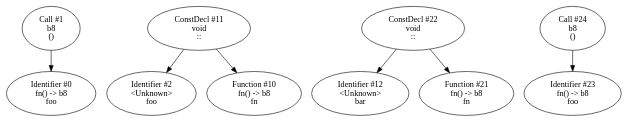
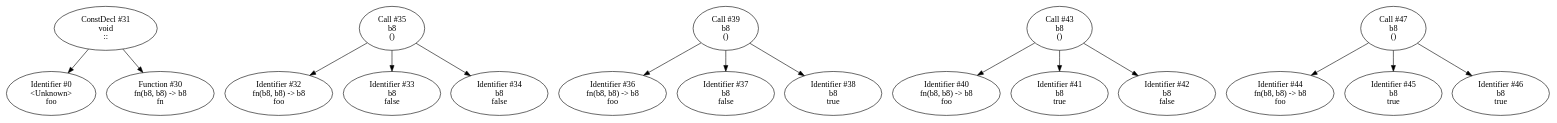
The diagram in examples/test.orb.gv (Nimaoth/OrbitLang), drawn with Graphviz before and after one commit. The commit also changed 7 other files, not shown here.

```diff
--- a/examples/test.orb.gv
+++ b/examples/test.orb.gv
@@ -1,8 +1,16 @@
 digraph Ast {
-    "Call #1\nb8\n()" -> "Identifier #0\nfn() -> b8\nfoo"
-    "ConstDecl #11\nvoid\n::" -> "Identifier #2\n<Unknown>\nfoo"
-    "ConstDecl #11\nvoid\n::" -> "Function #10\nfn() -> b8\nfn"
-    "ConstDecl #22\nvoid\n::" -> "Identifier #12\n<Unknown>\nbar"
-    "ConstDecl #22\nvoid\n::" -> "Function #21\nfn() -> b8\nfn"
-    "Call #24\nb8\n()" -> "Identifier #23\nfn() -> b8\nfoo"
+    "ConstDecl #31\nvoid\n::" -> "Identifier #0\n<Unknown>\nfoo"
+    "ConstDecl #31\nvoid\n::" -> "Function #30\nfn(b8, b8) -> b8\nfn"
+    "Call #35\nb8\n()" -> "Identifier #32\nfn(b8, b8) -> b8\nfoo"
+    "Call #35\nb8\n()" -> "Identifier #33\nb8\nfalse"
+    "Call #35\nb8\n()" -> "Identifier #34\nb8\nfalse"
+    "Call #39\nb8\n()" -> "Identifier #36\nfn(b8, b8) -> b8\nfoo"
+    "Call #39\nb8\n()" -> "Identifier #37\nb8\nfalse"
+    "Call #39\nb8\n()" -> "Identifier #38\nb8\ntrue"
+    "Call #43\nb8\n()" -> "Identifier #40\nfn(b8, b8) -> b8\nfoo"
+    "Call #43\nb8\n()" -> "Identifier #41\nb8\ntrue"
+    "Call #43\nb8\n()" -> "Identifier #42\nb8\nfalse"
+    "Call #47\nb8\n()" -> "Identifier #44\nfn(b8, b8) -> b8\nfoo"
+    "Call #47\nb8\n()" -> "Identifier #45\nb8\ntrue"
+    "Call #47\nb8\n()" -> "Identifier #46\nb8\ntrue"
 }
```
